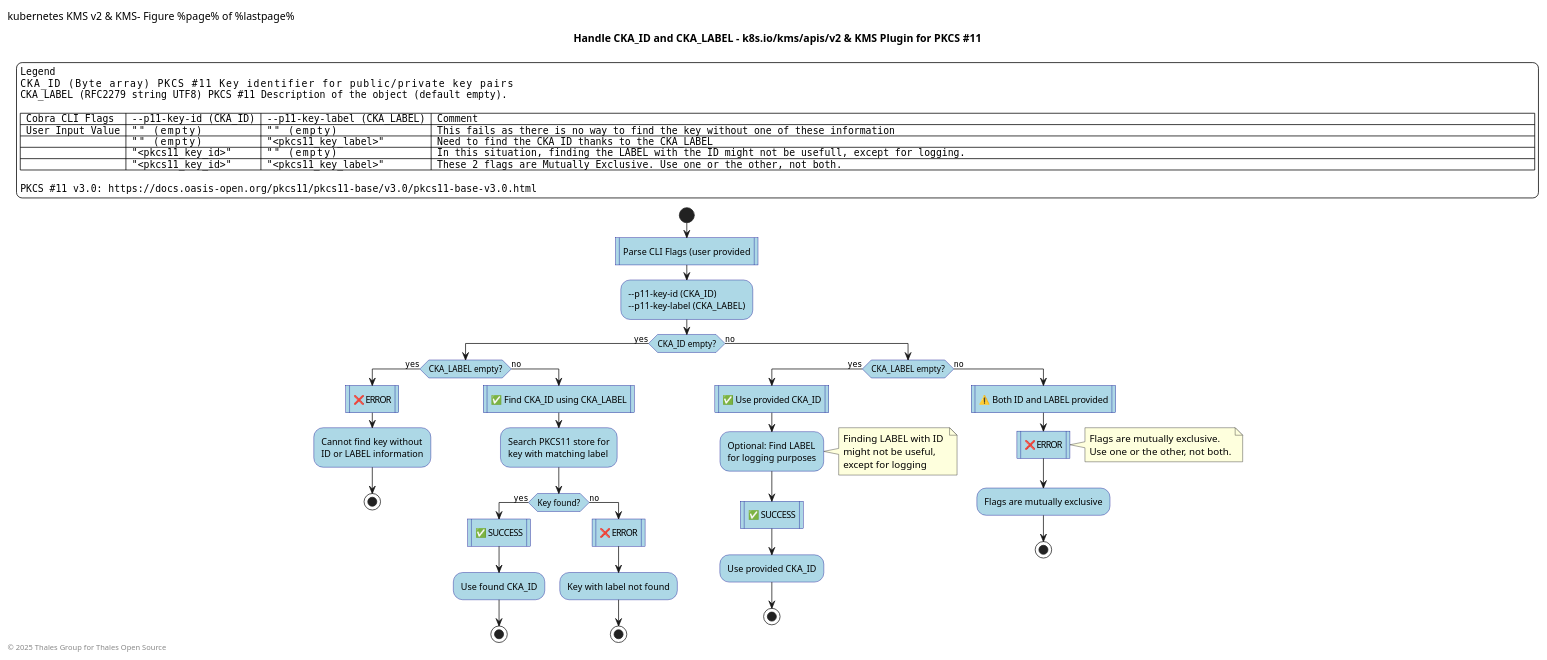
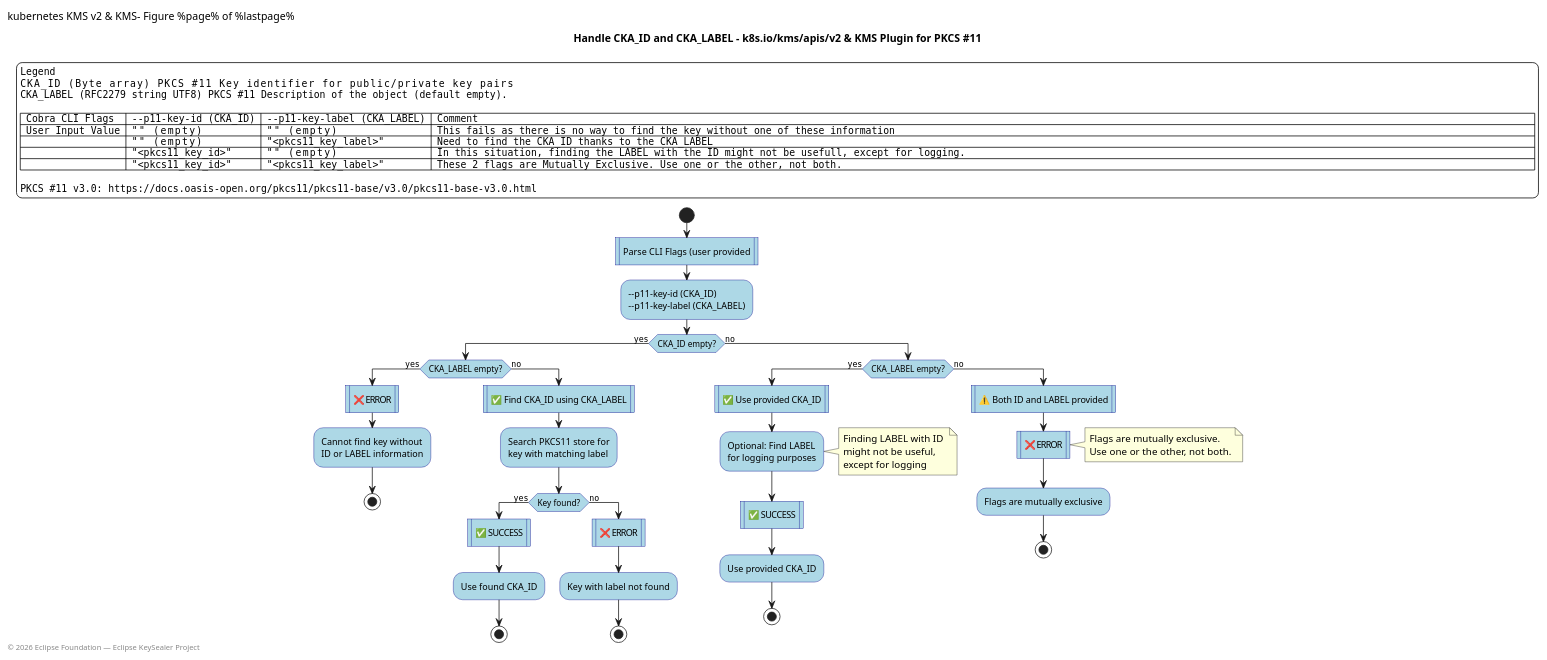
The diagram in docs/puml-diagrams/inputs_cka_id_cka_label.puml (ThalesGroup/k8s-kms-plugin), drawn with PlantUML before and after one commit. The commit also changed 2 other files, not shown here.

Commit message:
docs: use the official "Eclipse KeySealer" project name
projects.eclipse.org/projects/technology.keysealer spells the display
name with a capital S. Aligns the prose in README.md and CHANGELOG.md
and the remaining PlantUML footer, which also moves from "Thales Group
for Thales Open Source" to the Eclipse Foundation and from 2025 to 2026.

Identifiers are deliberately untouched: the eclipse-keysealer org and Go
module path, the technology.keysealer project URL, and the
*.keysealer.eclipse.org annotation keys, which KMS v2 requires to be
RFC 1123 lowercase.

```diff
--- a/docs/puml-diagrams/inputs_cka_id_cka_label.puml
+++ b/docs/puml-diagrams/inputs_cka_id_cka_label.puml
@@ -1,116 +1,116 @@
 @startuml CKA_ID and CKA_LABEL
 
 '=============================================================================='
 '== PlantUML Appearance parameters ============================================'
 '=============================================================================='
 '!theme plain
 skinparam shadowing false
 'skinparam backgroundColor transparent
 
 ' enable arrows on same level
 '!pragma teoz true
 
 skinparam legend {
   FontSize 13
   FontName DejaVu Sans Mono
   BorderColor black
   BackgroundColor white
   Aignment left
 }
 
 
 skinparam ArrowFontName DejaVu Sans Mono
 
 
 skinparam defaultTextAlignment left
 skinparam activity {
   BackgroundColor lightblue
   BorderColor darkblue
 }
 skinparam decision {
   BackgroundColor lightyellow
   BorderColor orange
 }
 
 '=============================================================================='
 '== Title ====================================================================='
 '=============================================================================='
 title
     Handle CKA_ID and CKA_LABEL - k8s.io/kms/apis/v2 & KMS Plugin for PKCS #11
 end title
 
 skinparam HeaderFontSize 14
 header <font color=black>kubernetes KMS v2 & KMS- Figure %page% of %lastpage%</font>
-footer © 2025 Thales Group for Thales Open Source
+footer © 2026 Eclipse Foundation — Eclipse KeySealer Project
 
 ' Legend
 legend top left
     Legend
     CKA_ID    (Byte array)          PKCS #11 Key identifier for public/private key pairs
     CKA_LABEL (RFC2279 string UTF8) PKCS #11 Description of the object (default empty).
 
 | Cobra CLI Flags  | --p11-key-id (CKA_ID) | --p11-key-label (CKA_LABEL) | Comment                                                                                                                                                                                    |
 | User Input Value | ""   (empty)          | ""   (empty)                | This fails as there is no way to find the key without one of these information              |
 |                  | ""   (empty)          | "<pkcs11_key_label>"        | Need to find the CKA_ID thanks to the CKA_LABEL                                             |
 |                  | "<pkcs11_key_id>"     | ""   (empty)                | In this situation, finding the LABEL with the ID might not be usefull, except for logging.  |
 |                  | "<pkcs11_key_id>"     | "<pkcs11_key_label>"        | These 2 flags are Mutually Exclusive. Use one or the other, not both.                       |
 
     PKCS #11 v3.0: https://docs.oasis-open.org/pkcs11/pkcs11-base/v3.0/pkcs11-base-v3.0.html
 end legend
 
 '=============================================================================='
 '== Sequence diagram begins ==================================================='
 '=============================================================================='
 
 start
 
 :Parse CLI Flags (user provided|
 :--p11-key-id (CKA_ID)
 --p11-key-label (CKA_LABEL);
 
 if (CKA_ID empty?) then (yes)
   if (CKA_LABEL empty?) then (yes)
     :❌ ERROR|
     :Cannot find key without 
     ID or LABEL information;
     stop
   else (no)
     :✅ Find CKA_ID using CKA_LABEL|
     :Search PKCS11 store for 
     key with matching label;
     if (Key found?) then (yes)
       :✅ SUCCESS|
       :Use found CKA_ID;
       stop
     else (no)
       :❌ ERROR|
       :Key with label not found;
       stop
     endif
   endif
 else (no)
   if (CKA_LABEL empty?) then (yes)
     :✅ Use provided CKA_ID|
     :Optional: Find LABEL 
     for logging purposes;
     note right
       Finding LABEL with ID 
       might not be useful, 
       except for logging
     end note
     :✅ SUCCESS|
     :Use provided CKA_ID;
     stop
   else (no)
     :⚠️ Both ID and LABEL provided|
     :❌ ERROR|
     note right
       Flags are mutually exclusive.
       Use one or the other, not both.
     end note
     :Flags are mutually exclusive;
     stop
   endif
 endif
 
 @enduml
```
